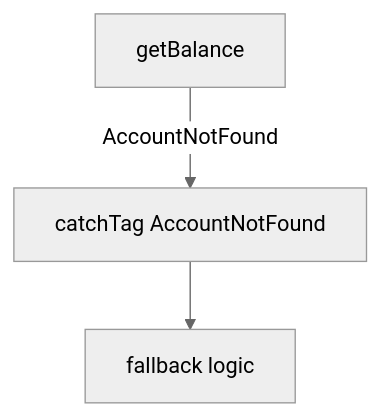
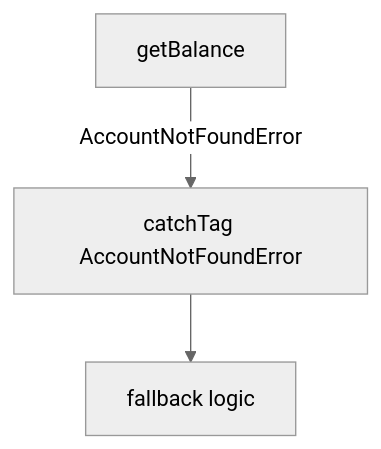
Before and after one commit to jagreehal/effect-analyzer: the diagram in apps/docs/src/content/docs/diagrams/errors.mdx, drawn with Mermaid (neutral theme). The commit also changed other lines of this file and 35 other files, not shown here.

````diff
--- a/apps/docs/src/content/docs/diagrams/errors.mdx
+++ b/apps/docs/src/content/docs/diagrams/errors.mdx
@@ -37,5 +41,5 @@
 ```mermaid
 graph TB
-  getBalance -->|AccountNotFound| CATCH[catchTag AccountNotFound]
+  getBalance -->|AccountNotFoundError| CATCH[catchTag AccountNotFoundError]
   CATCH --> recovery[fallback logic]
 ```
````
